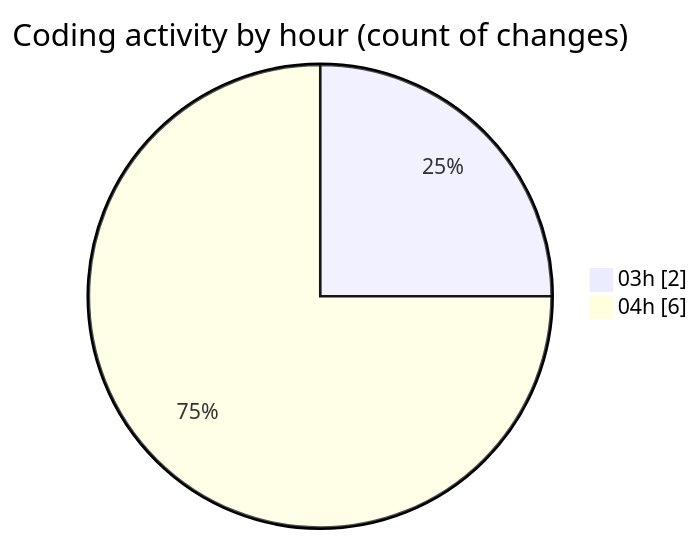
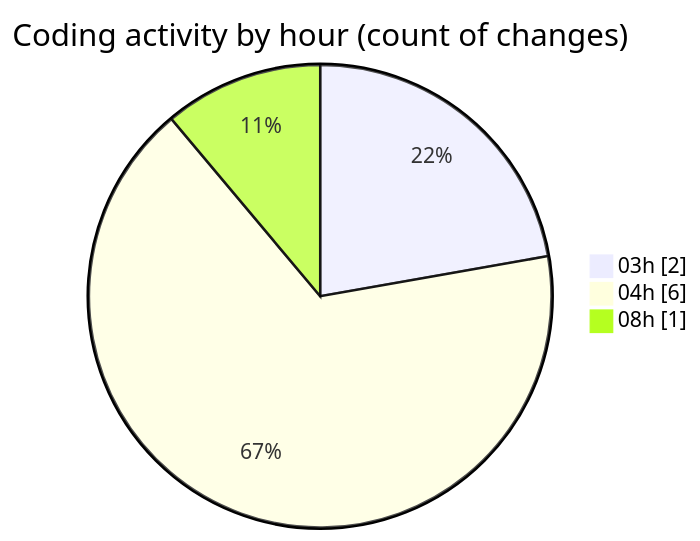
One commit to tmsrecording-cyber/code-tracking changed the second of 2 diagrams in 2026-02-07/singularitybrainai/README.md. Above: the diagram before and after it, drawn with Mermaid. The commit also changed other lines of this file and 1 other file, not shown here.

````diff
--- a/2026-02-07/singularitybrainai/README.md
+++ b/2026-02-07/singularitybrainai/README.md
@@ -30,6 +30,7 @@
 ```mermaid
 pie showData
 title Coding activity by hour (count of changes)
 "03h" : 2
 "04h" : 6
+"08h" : 1
 ```
````
